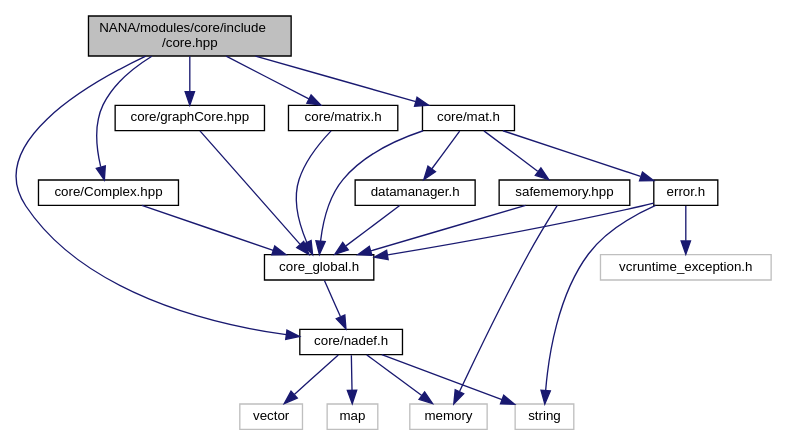
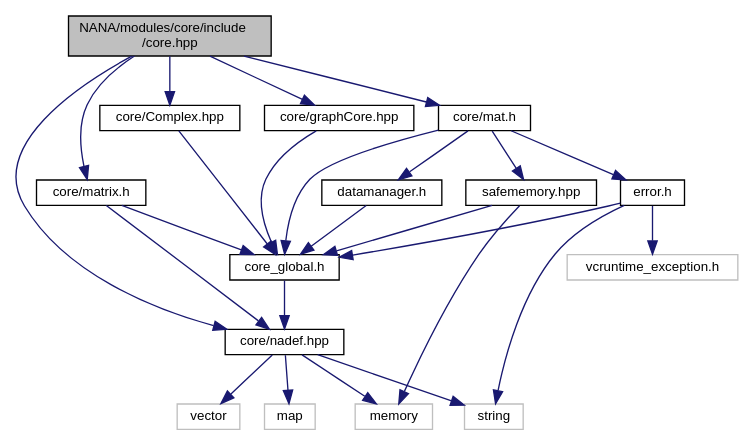
Before and after one commit to YuruTu/NANA: the diagram in docs/core_8hpp__incl.dot, drawn with Graphviz. The commit also changed 194 other files, not shown here.

```diff
--- a/docs/core_8hpp__incl.dot
+++ b/docs/core_8hpp__incl.dot
@@ -1,44 +1,45 @@
 digraph "NANA/modules/core/include/core.hpp"
 {
  // LATEX_PDF_SIZE
   edge [fontname="Helvetica",fontsize="10",labelfontname="Helvetica",labelfontsize="10"];
   node [fontname="Helvetica",fontsize="10",shape=record];
   Node1 [label="NANA/modules/core/include\l/core.hpp",height=0.2,width=0.4,color="black", fillcolor="grey75", style="filled", fontcolor="black",tooltip="包含基本的数据结构等"];
   Node1 -> Node2 [color="midnightblue",fontsize="10",style="solid",fontname="Helvetica"];
-  Node2 [label="core/nadef.h",height=0.2,width=0.4,color="black", fillcolor="white", style="filled",URL="$nadef_8h.html",tooltip="数值分析所依赖的定义"];
+  Node2 [label="core/nadef.hpp",height=0.2,width=0.4,color="black", fillcolor="white", style="filled",URL="$nadef_8hpp_source.html",tooltip=" "];
   Node2 -> Node3 [color="midnightblue",fontsize="10",style="solid",fontname="Helvetica"];
   Node3 [label="vector",height=0.2,width=0.4,color="grey75", fillcolor="white", style="filled",tooltip=" "];
   Node2 -> Node4 [color="midnightblue",fontsize="10",style="solid",fontname="Helvetica"];
   Node4 [label="string",height=0.2,width=0.4,color="grey75", fillcolor="white", style="filled",tooltip=" "];
   Node2 -> Node5 [color="midnightblue",fontsize="10",style="solid",fontname="Helvetica"];
   Node5 [label="map",height=0.2,width=0.4,color="grey75", fillcolor="white", style="filled",tooltip=" "];
   Node2 -> Node6 [color="midnightblue",fontsize="10",style="solid",fontname="Helvetica"];
   Node6 [label="memory",height=0.2,width=0.4,color="grey75", fillcolor="white", style="filled",tooltip=" "];
   Node1 -> Node7 [color="midnightblue",fontsize="10",style="solid",fontname="Helvetica"];
   Node7 [label="core/Complex.hpp",height=0.2,width=0.4,color="black", fillcolor="white", style="filled",URL="$_complex_8hpp.html",tooltip="实现复数"];
   Node7 -> Node8 [color="midnightblue",fontsize="10",style="solid",fontname="Helvetica"];
   Node8 [label="core_global.h",height=0.2,width=0.4,color="black", fillcolor="white", style="filled",URL="$core__global_8h.html",tooltip="全局头文件"];
   Node8 -> Node2 [color="midnightblue",fontsize="10",style="solid",fontname="Helvetica"];
   Node1 -> Node9 [color="midnightblue",fontsize="10",style="solid",fontname="Helvetica"];
   Node9 [label="core/graphCore.hpp",height=0.2,width=0.4,color="black", fillcolor="white", style="filled",URL="$graph_core_8hpp.html",tooltip="为图论算法实现的基本数据结构"];
   Node9 -> Node8 [color="midnightblue",fontsize="10",style="solid",fontname="Helvetica"];
   Node1 -> Node10 [color="midnightblue",fontsize="10",style="solid",fontname="Helvetica"];
   Node10 [label="core/matrix.h",height=0.2,width=0.4,color="black", fillcolor="white", style="filled",URL="$matrix_8h.html",tooltip="简单矩阵类(效率不高，但易于理解，很多时候会触发复制构造函数)，不同于Mat"];
   Node10 -> Node8 [color="midnightblue",fontsize="10",style="solid",fontname="Helvetica"];
+  Node10 -> Node2 [color="midnightblue",fontsize="10",style="solid",fontname="Helvetica"];
   Node1 -> Node11 [color="midnightblue",fontsize="10",style="solid",fontname="Helvetica"];
   Node11 [label="core/mat.h",height=0.2,width=0.4,color="black", fillcolor="white", style="filled",URL="$mat_8h.html",tooltip="实现一个用于矩阵运算的模板类(仍在实现当中)"];
   Node11 -> Node8 [color="midnightblue",fontsize="10",style="solid",fontname="Helvetica"];
   Node11 -> Node12 [color="midnightblue",fontsize="10",style="solid",fontname="Helvetica"];
   Node12 [label="error.h",height=0.2,width=0.4,color="black", fillcolor="white", style="filled",URL="$error_8h.html",tooltip="用于抛出异常"];
   Node12 -> Node8 [color="midnightblue",fontsize="10",style="solid",fontname="Helvetica"];
   Node12 -> Node13 [color="midnightblue",fontsize="10",style="solid",fontname="Helvetica"];
   Node13 [label="vcruntime_exception.h",height=0.2,width=0.4,color="grey75", fillcolor="white", style="filled",tooltip=" "];
   Node12 -> Node4 [color="midnightblue",fontsize="10",style="solid",fontname="Helvetica"];
   Node11 -> Node14 [color="midnightblue",fontsize="10",style="solid",fontname="Helvetica"];
   Node14 [label="datamanager.h",height=0.2,width=0.4,color="black", fillcolor="white", style="filled",URL="$datamanager_8h.html",tooltip="实现一个数据管理器"];
   Node14 -> Node8 [color="midnightblue",fontsize="10",style="solid",fontname="Helvetica"];
   Node11 -> Node15 [color="midnightblue",fontsize="10",style="solid",fontname="Helvetica"];
   Node15 [label="safememory.hpp",height=0.2,width=0.4,color="black", fillcolor="white", style="filled",URL="$safememory_8hpp.html",tooltip="实现安全的内存管理"];
   Node15 -> Node8 [color="midnightblue",fontsize="10",style="solid",fontname="Helvetica"];
   Node15 -> Node6 [color="midnightblue",fontsize="10",style="solid",fontname="Helvetica"];
 }
```
